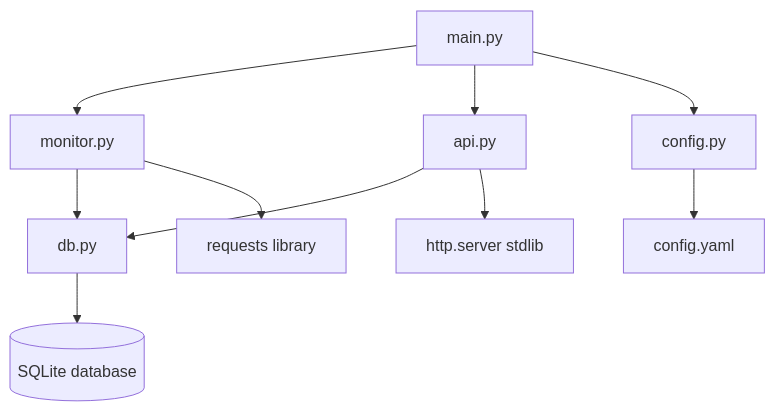
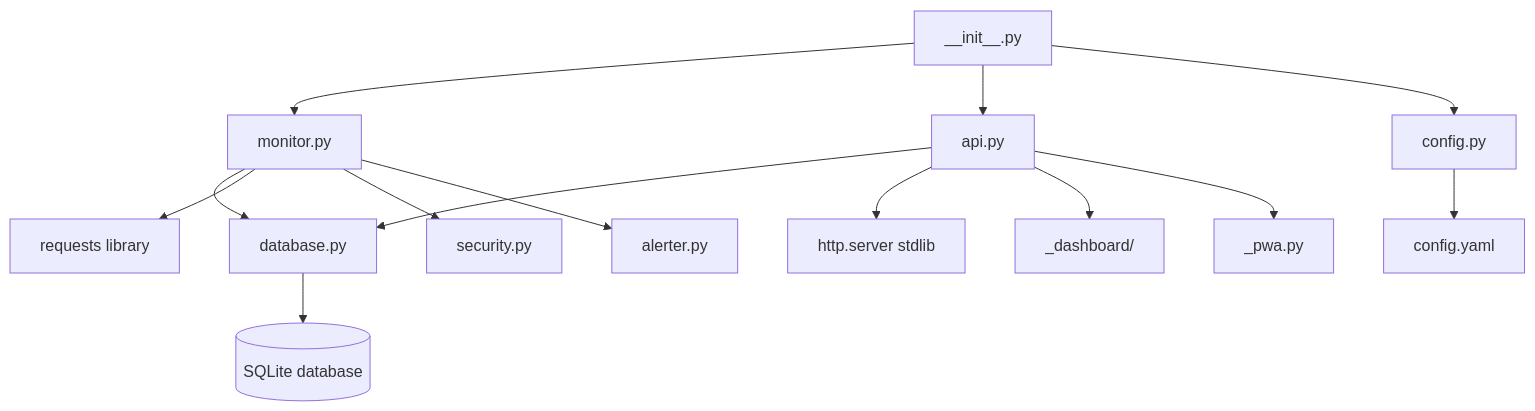
Before and after one commit to jmlweb/webstatuspi: the first of 3 diagrams in docs/ARCHITECTURE.md, drawn with Mermaid. The commit also changed other lines of this file and 2 other files, not shown here.

````diff
--- a/docs/ARCHITECTURE.md
+++ b/docs/ARCHITECTURE.md
@@ -13,12 +13,16 @@
 ```mermaid
 graph TB
-    Main[main.py] --> Monitor[monitor.py]
+    Main[__init__.py] --> Monitor[monitor.py]
     Main --> API[api.py]
-    Monitor --> DB[db.py]
+    Monitor --> DB[database.py]
     API --> DB
     Main --> Config[config.py]
     Config --> YAML[config.yaml]
     Monitor --> Requests[requests library]
+    Monitor --> Security[security.py]
     API --> HTTPServer[http.server stdlib]
+    API --> Dashboard[_dashboard/]
+    API --> PWA[_pwa.py]
+    Monitor --> Alerter[alerter.py]
     DB --> SQLite[(SQLite database)]
 ```
````
